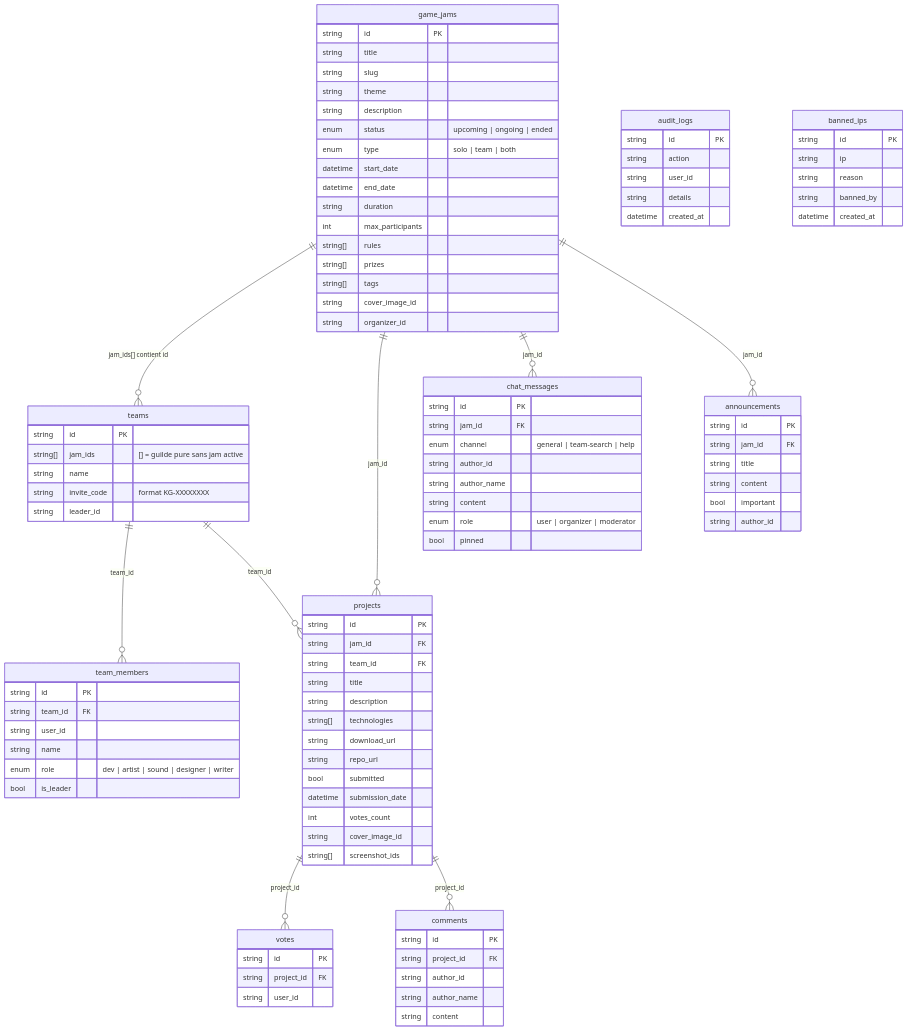
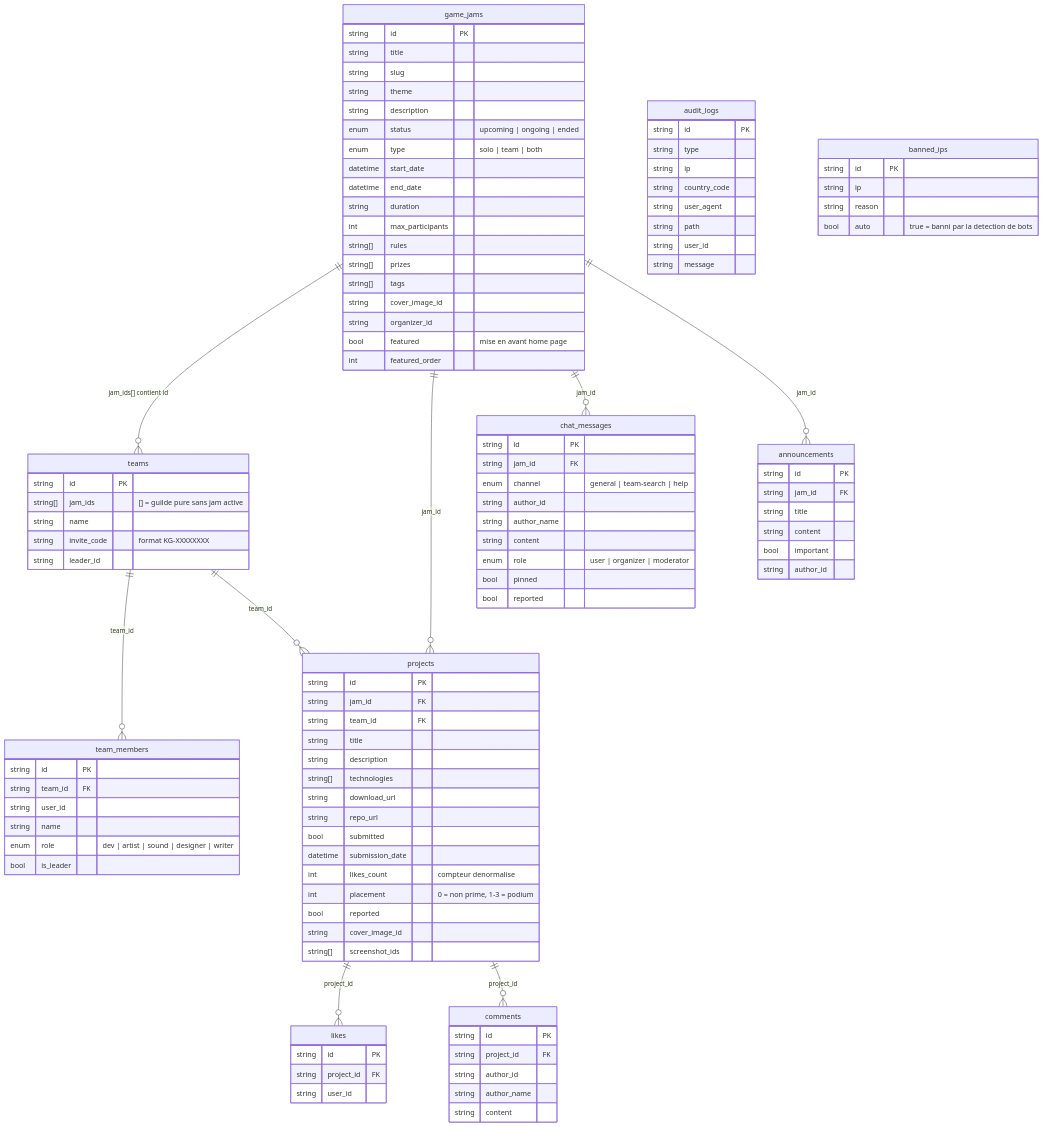
Before and after one commit to Setsuko34/KonfiturGameFullInfra: the diagram in docs/DATABASE.md, drawn with Mermaid. The commit also changed other lines of this file and 13 other files, not shown here.

````diff
--- a/docs/DATABASE.md
+++ b/docs/DATABASE.md
@@ -25,6 +26,8 @@
         string[] tags
         string cover_image_id
         string organizer_id
+        bool featured "mise en avant home page"
+        int featured_order
     }
 
     teams {
@@ -55,7 +58,9 @@
         string repo_url
         bool submitted
         datetime submission_date
-        int votes_count
+        int likes_count "compteur denormalise"
+        int placement "0 = non prime, 1-3 = podium"
+        bool reported
         string cover_image_id
         string[] screenshot_ids
     }
@@ -69,6 +74,7 @@
         string content
         enum role "user | organizer | moderator"
         bool pinned
+        bool reported
     }
 
     announcements {
@@ -80,7 +86,7 @@
         string author_id
     }
 
-    votes {
+    likes {
         string id PK
         string project_id FK
         string user_id
@@ -96,18 +102,20 @@
 
     audit_logs {
         string id PK
-        string action
+        string type
+        string ip
+        string country_code
+        string user_agent
+        string path
         string user_id
-        string details
-        datetime created_at
+        string message
     }
 
     banned_ips {
         string id PK
         string ip
         string reason
-        string banned_by
-        datetime created_at
+        bool auto "true = banni par la detection de bots"
     }
 
     game_jams ||--o{ teams : "jam_ids[] contient id"
@@ -116,6 +124,6 @@
     game_jams ||--o{ announcements : "jam_id"
     teams ||--o{ team_members : "team_id"
     teams ||--o{ projects : "team_id"
-    projects ||--o{ votes : "project_id"
+    projects ||--o{ likes : "project_id"
     projects ||--o{ comments : "project_id"
 ```
````
